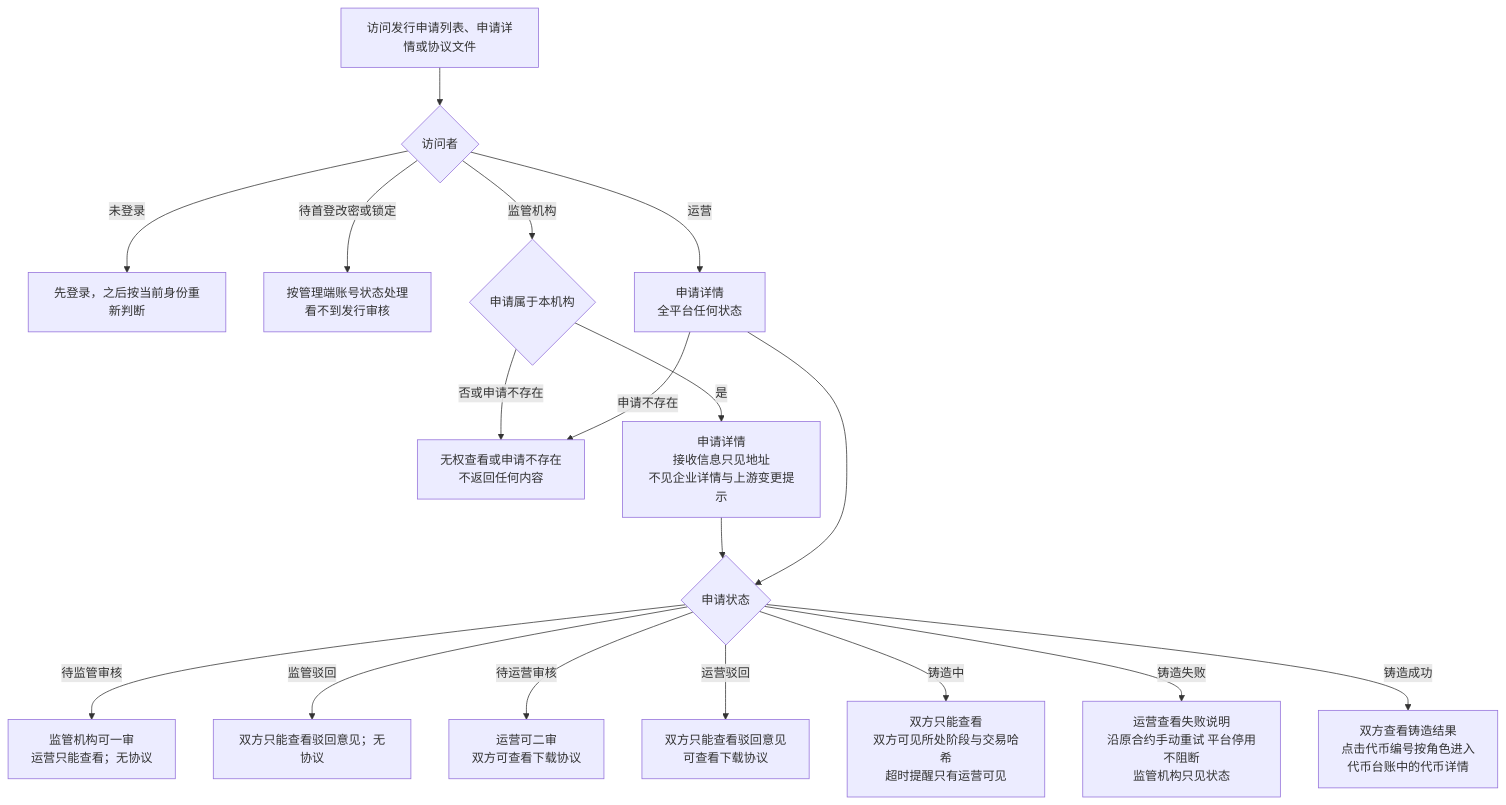
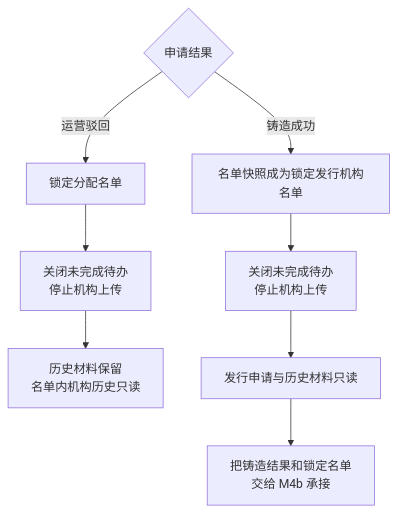
Before and after one commit to wxblockchain/Chain-Financing: the third of 5 diagrams in token-issuance-platform/PRD/管理端/M3b-代币发行-审核与铸造/02-代币发行-审核与铸造-流程图与状态机.md, drawn with Mermaid. The commit also changed other lines of this file and 3 other files, not shown here.

````diff
--- a/token-issuance-platform/PRD/管理端/M3b-代币发行-审核与铸造/02-代币发行-审核与铸造-流程图与状态机.md
+++ b/token-issuance-platform/PRD/管理端/M3b-代币发行-审核与铸造/02-代币发行-审核与铸造-流程图与状态机.md
@@ -115,20 +80,10 @@
 ```mermaid
 flowchart TD
-    A[访问发行申请列表、申请详情或协议文件] --> B{访问者}
-    B -->|未登录| B1[先登录，之后按当前身份重新判断]
-    B -->|待首登改密或锁定| B2[按管理端账号状态处理<br/>看不到发行审核]
-    B -->|监管机构| C{申请属于本机构}
-    C -->|否或申请不存在| N[无权查看或申请不存在<br/>不返回任何内容]
-    C -->|是| D[申请详情<br/>接收信息只见地址<br/>不见企业详情与上游变更提示]
-    B -->|运营| E[申请详情<br/>全平台任何状态]
-    E -->|申请不存在| N
-    D --> F{申请状态}
-    E --> F
-    F -->|待监管审核| F1[监管机构可一审<br/>运营只能查看；无协议]
-    F -->|监管驳回| F2[双方只能查看驳回意见；无协议]
-    F -->|待运营审核| F3[运营可二审<br/>双方可查看下载协议]
-    F -->|运营驳回| F4[双方只能查看驳回意见<br/>可查看下载协议]
-    F -->|铸造中| F5[双方只能查看<br/>双方可见所处阶段与交易哈希<br/>超时提醒只有运营可见]
-    F -->|铸造失败| F6[运营查看失败说明<br/>沿原合约手动重试 平台停用不阻断<br/>监管机构只见状态]
-    F -->|铸造成功| F7[双方查看铸造结果<br/>点击代币编号按角色进入<br/>代币台账中的代币详情]
+    A{申请结果} -->|运营驳回| B[锁定分配名单]
+    B --> C[关闭未完成待办<br/>停止机构上传]
+    C --> D[历史材料保留<br/>名单内机构历史只读]
+    A -->|铸造成功| E[名单快照成为锁定发行机构名单]
+    E --> F[关闭未完成待办<br/>停止机构上传]
+    F --> G[发行申请与历史材料只读]
+    G --> H[把铸造结果和锁定名单<br/>交给 M4b 承接]
 ```
````
